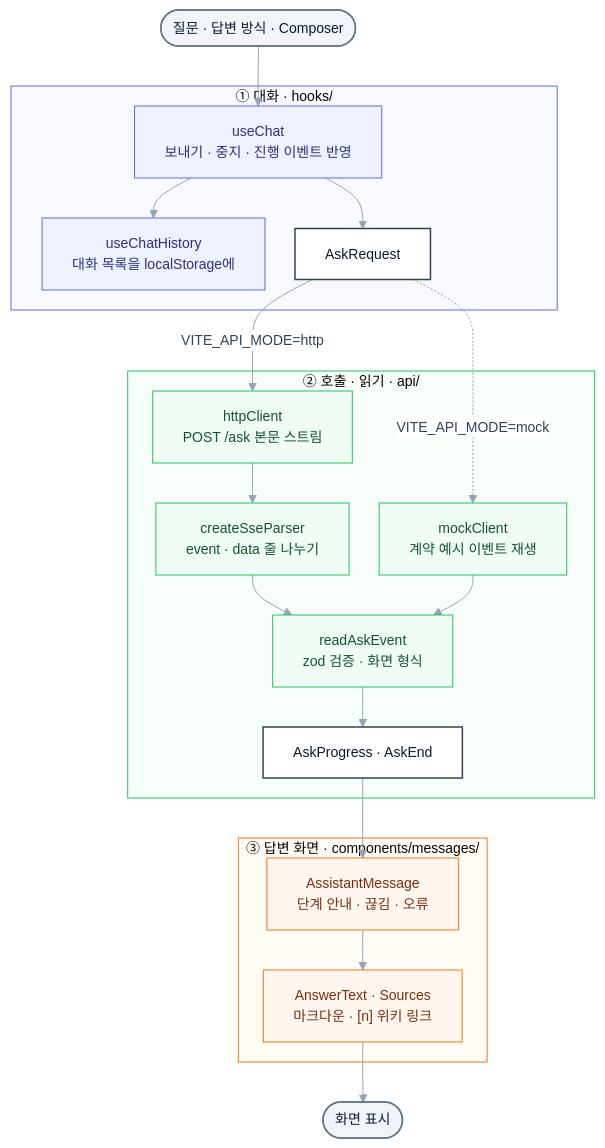
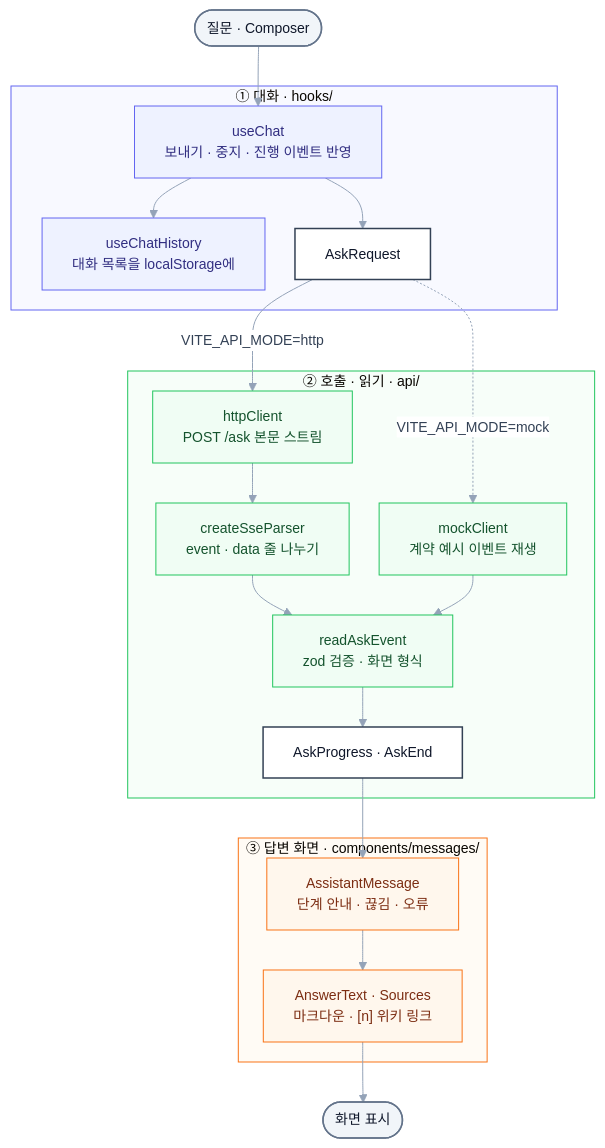
One commit to calm-sea-psy/llm-playground-web changed the diagram in README.md. Above: the diagram before and after it, drawn with Mermaid. The commit also changed other lines of this file and 4 other files, not shown here.

````diff
--- a/README.md
+++ b/README.md
@@ -7,49 +7,49 @@
 ```mermaid
 %%{init: {"theme": "base", "flowchart": {"htmlLabels": true, "curve": "basis", "nodeSpacing": 30, "rankSpacing": 40}, "themeVariables": {"fontSize": "14px", "lineColor": "#94A3B8", "clusterBkg": "#FFFFFF", "clusterBorder": "#CBD5E1", "edgeLabelBackground": "#FFFFFF", "primaryTextColor": "#334155"}}}%%
 
 flowchart TD
-    IN(["질문 · 답변 방식 · Composer"]):::io
+    IN(["질문 · Composer"]):::io
 
     subgraph S1["① 대화 · hooks/"]
         A1["useChat<br/>보내기 · 중지 · 진행 이벤트 반영"]:::s1
         A2["useChatHistory<br/>대화 목록을 localStorage에"]:::s1
         R1["AskRequest"]:::out
         A1 --> A2
         A1 --> R1
     end
 
     subgraph S2["② 호출 · 읽기 · api/"]
         B1["httpClient<br/>POST /ask 본문 스트림"]:::s2
         B2["createSseParser<br/>event · data 줄 나누기"]:::s2
         B3["mockClient<br/>계약 예시 이벤트 재생"]:::s2
         B4["readAskEvent<br/>zod 검증 · 화면 형식"]:::s2
         R2["AskProgress · AskEnd"]:::out
         B1 --> B2
         B2 --> B4
         B3 --> B4
         B4 --> R2
     end
 
     subgraph S3["③ 답변 화면 · components/messages/"]
         C1["AssistantMessage<br/>단계 안내 · 끊김 · 오류"]:::s3
         C2["AnswerText · Sources<br/>마크다운 · [n] 위키 링크"]:::s3
         C1 --> C2
     end
 
     OUT(["화면 표시"]):::io
 
     IN --> A1
     R1 -->|"VITE_API_MODE=http"| B1
     R1 -.->|"VITE_API_MODE=mock"| B3
     R2 --> C1
     C2 --> OUT
 
     style S1 fill:#F8F9FF,stroke:#6366F1
     style S2 fill:#F7FEF9,stroke:#22C55E
     style S3 fill:#FFFBF5,stroke:#F97316
     classDef io fill:#F1F5F9,stroke:#64748B,color:#0F172A,stroke-width:1.5px
     classDef s1 fill:#EEF2FF,stroke:#6366F1,color:#312E81
     classDef s2 fill:#F0FDF4,stroke:#22C55E,color:#14532D
     classDef s3 fill:#FFF7ED,stroke:#F97316,color:#7C2D12
     classDef out fill:#FFFFFF,stroke:#334155,color:#0F172A,stroke-width:1.5px
 ```
````
